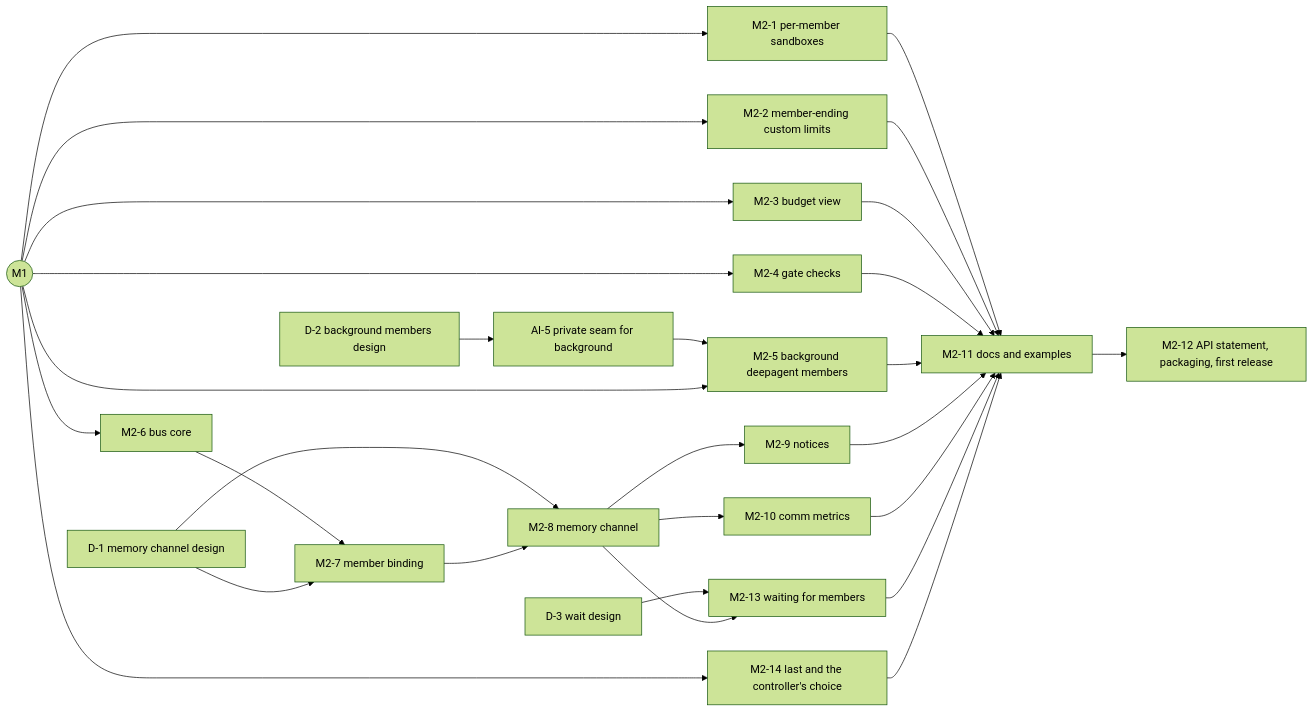
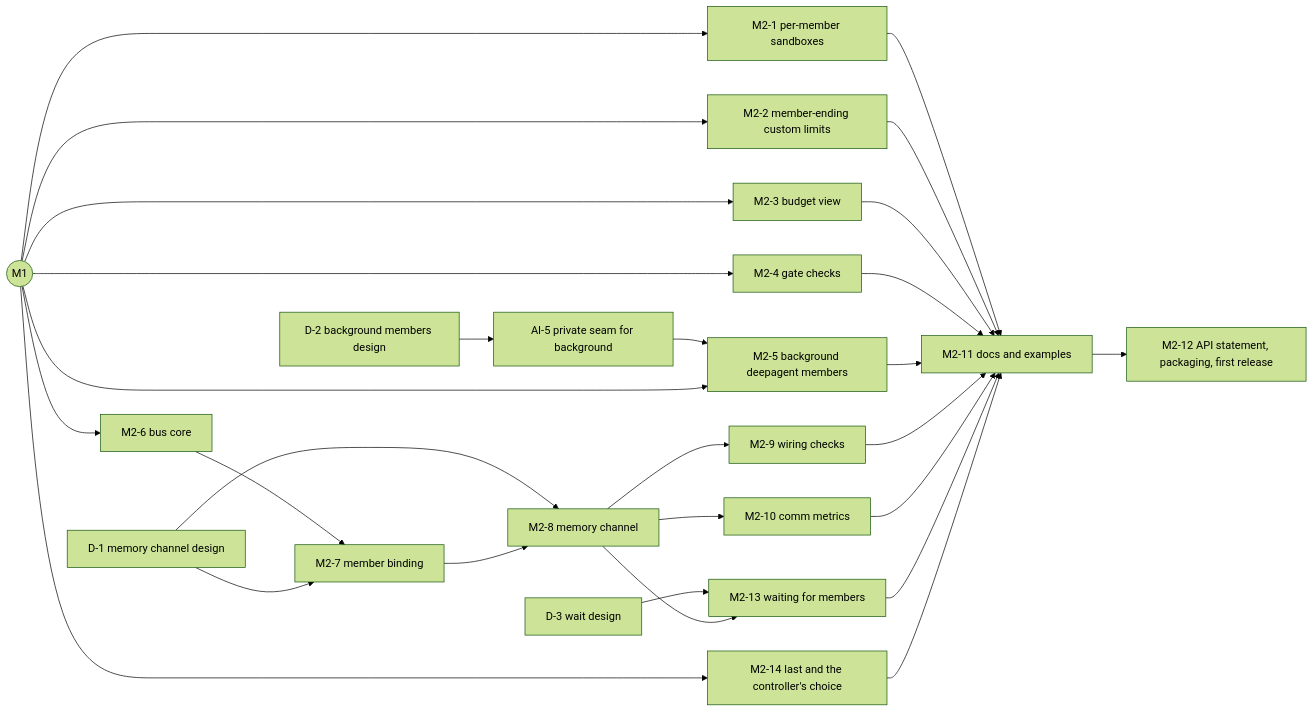
The second of 2 diagrams in design/swarm-implementation-plan.md (joesposito8/inspect_swarm), drawn with Mermaid (forest theme) before and after one commit. The commit also changed other lines of this file and 38 other files, not shown here.

````diff
--- a/design/swarm-implementation-plan.md
+++ b/design/swarm-implementation-plan.md
@@ -282,22 +282,22 @@
 ```mermaid
 flowchart LR
   M1((M1)) --> M2_1[M2-1 per-member sandboxes]
   M1 --> M2_2[M2-2 member-ending custom limits]
   M1 --> M2_3[M2-3 budget view]
   M1 --> M2_4[M2-4 gate checks]
   D2[D-2 background members design] --> AI5[AI-5 private seam for background]
   AI5 --> M2_5[M2-5 background deepagent members]
   M1 --> M2_5
   M1 --> M2_6[M2-6 bus core]
   M2_6 --> M2_7[M2-7 member binding]
   D1[D-1 memory channel design] --> M2_7
   D1 --> M2_8
   M2_7 --> M2_8[M2-8 memory channel]
-  M2_8 --> M2_9[M2-9 notices]
+  M2_8 --> M2_9[M2-9 wiring checks]
   M2_8 --> M2_10[M2-10 comm metrics]
   D3[D-3 wait design] --> M2_13
   M2_8 --> M2_13[M2-13 waiting for members]
   M1 --> M2_14[M2-14 last and the controller's choice]
   M2_1 & M2_2 & M2_3 & M2_4 & M2_5 & M2_9 & M2_10 & M2_13 & M2_14 --> M2_11[M2-11 docs and examples]
   M2_11 --> M2_12[M2-12 API statement, packaging, first release]
 ```
````
